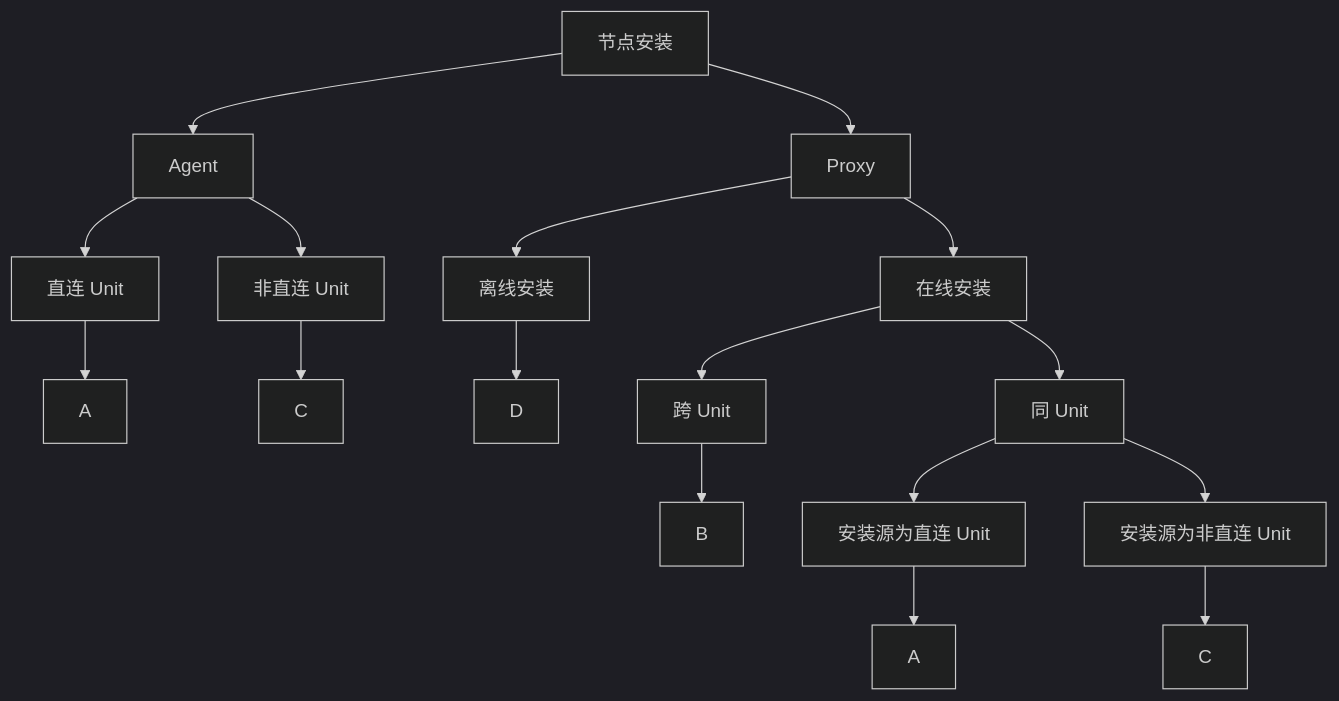
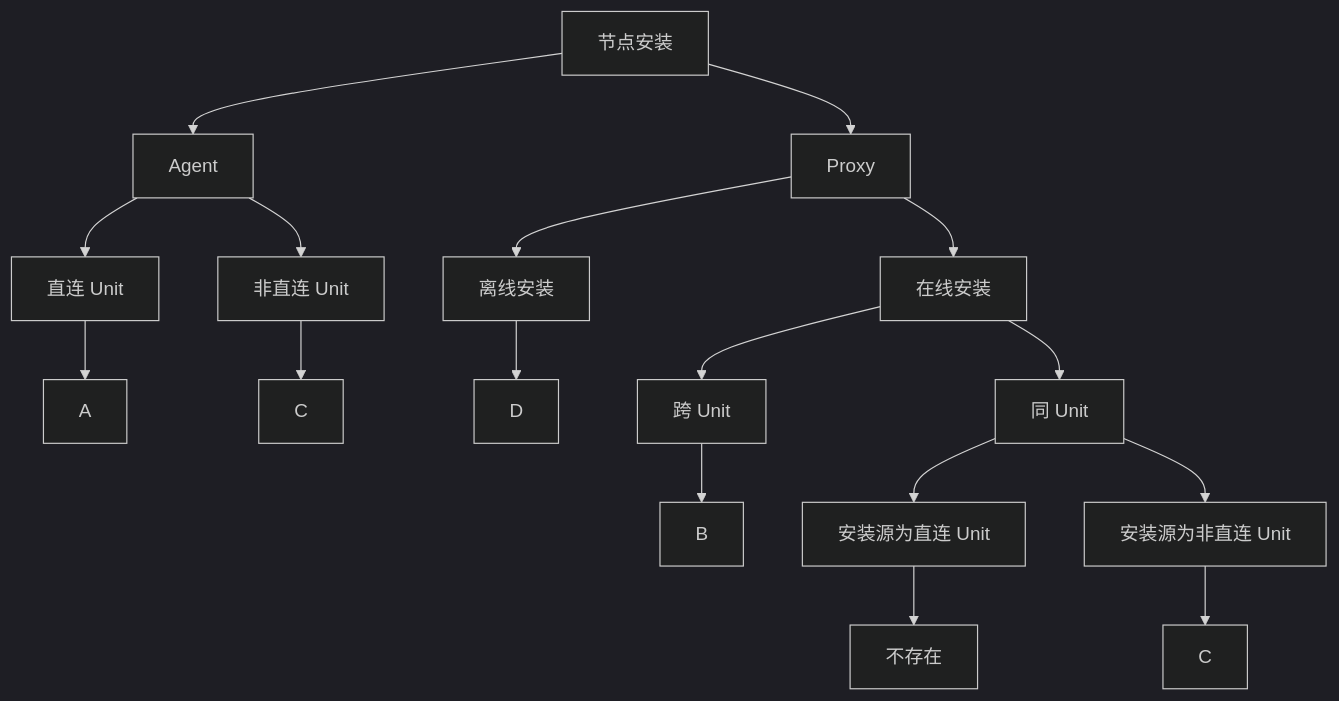
One commit to TencentBlueKing/bk-nodemgr changed the first of 4 diagrams in docs/concepts/node/control_mode.md. Above: the diagram before and after it, drawn with Mermaid (dark theme). The commit also changed other lines of this file, not shown here.

````diff
--- a/docs/concepts/node/control_mode.md
+++ b/docs/concepts/node/control_mode.md
@@ -40,20 +41,20 @@
 ```mermaid
 graph TD
     Root["节点安装"]
     Root --> Agent
     Root --> Proxy
     Agent --> AD["直连 Unit"]
     Agent --> AN["非直连 Unit"]
     AD --> A1["A"]
     AN --> C1["C"]
     Proxy --> PO["离线安装"]
     Proxy --> OL["在线安装"]
     PO --> D["D"]
     OL --> CU["跨 Unit"]
     OL --> SU["同 Unit"]
     CU --> B["B"]
     SU --> OD["安装源为直连 Unit"]
     SU --> ON["安装源为非直连 Unit"]
-    OD --> A2["A"]
+    OD --> A2["不存在"]
     ON --> C2["C"]
 ```
````
